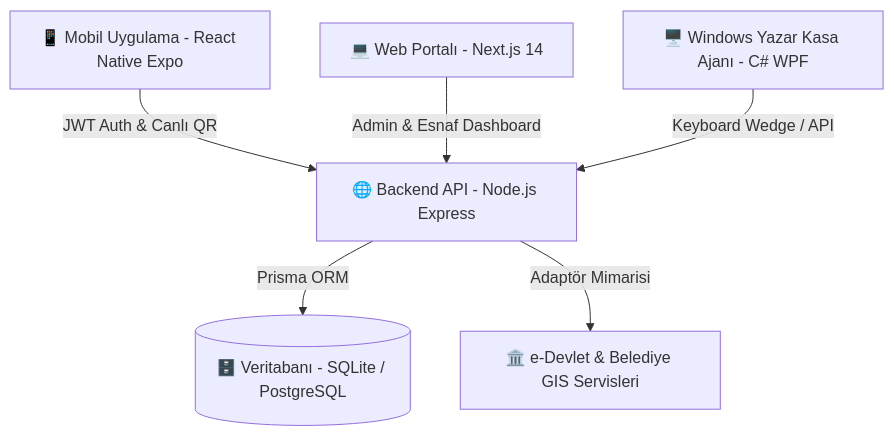
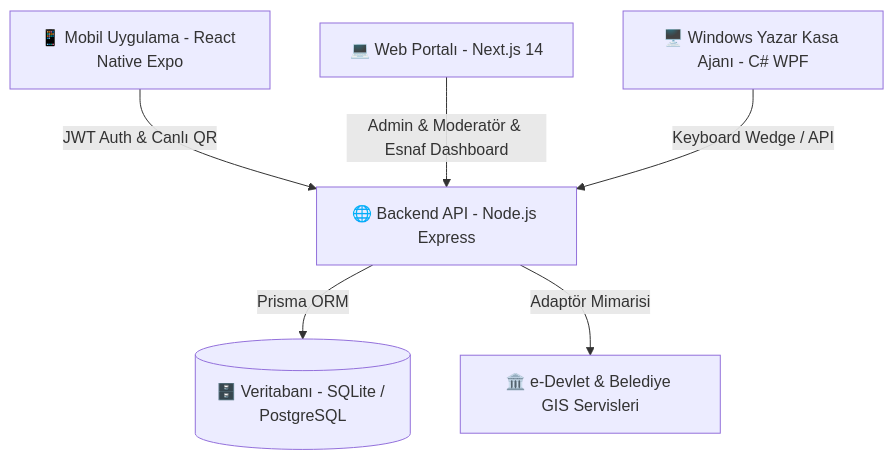
Before and after one commit to YusufTanDURMUS/ortahisar-genckart: the diagram in STAJ_PROJE_RAPORU.md, drawn with Mermaid. The commit also changed other lines of this file and 9 other files, not shown here.

````diff
--- a/STAJ_PROJE_RAPORU.md
+++ b/STAJ_PROJE_RAPORU.md
@@ -66,8 +68,8 @@
 ```mermaid
 graph TD
     A[📱 Mobil Uygulama - React Native Expo] -->|JWT Auth & Canlı QR| B[🌐 Backend API - Node.js Express]
-    C[💻 Web Portalı - Next.js 14] -->|Admin & Esnaf Dashboard| B
+    C[💻 Web Portalı - Next.js 14] -->|Admin & Moderatör & Esnaf Dashboard| B
     D[🖥️ Windows Yazar Kasa Ajanı - C# WPF] -->|Keyboard Wedge / API| B
     B -->|Prisma ORM| E[(🗄️ Veritabanı - SQLite / PostgreSQL)]
     B -->|Adaptör Mimarisi| F[🏛️ e-Devlet & Belediye GIS Servisleri]
 ```
````
